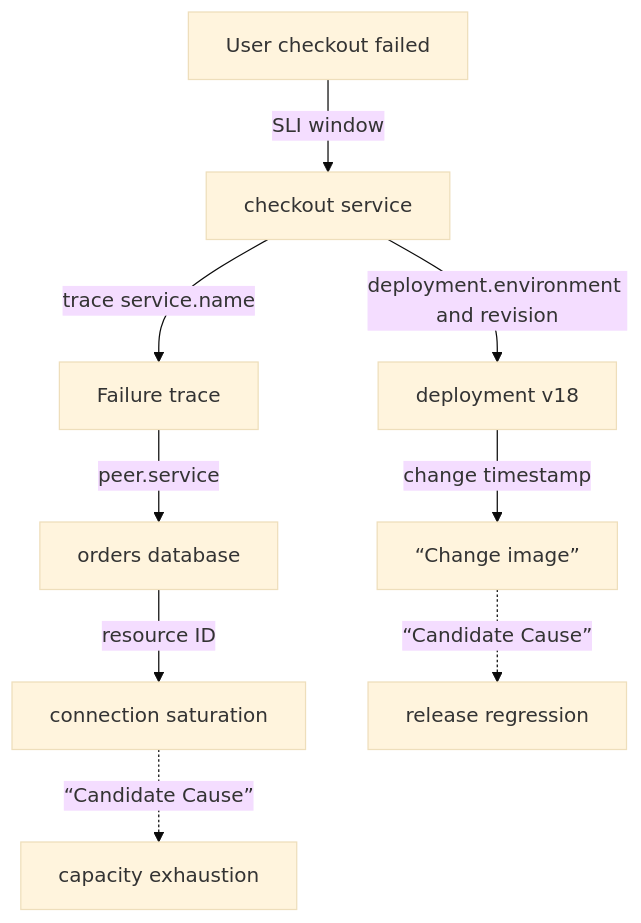
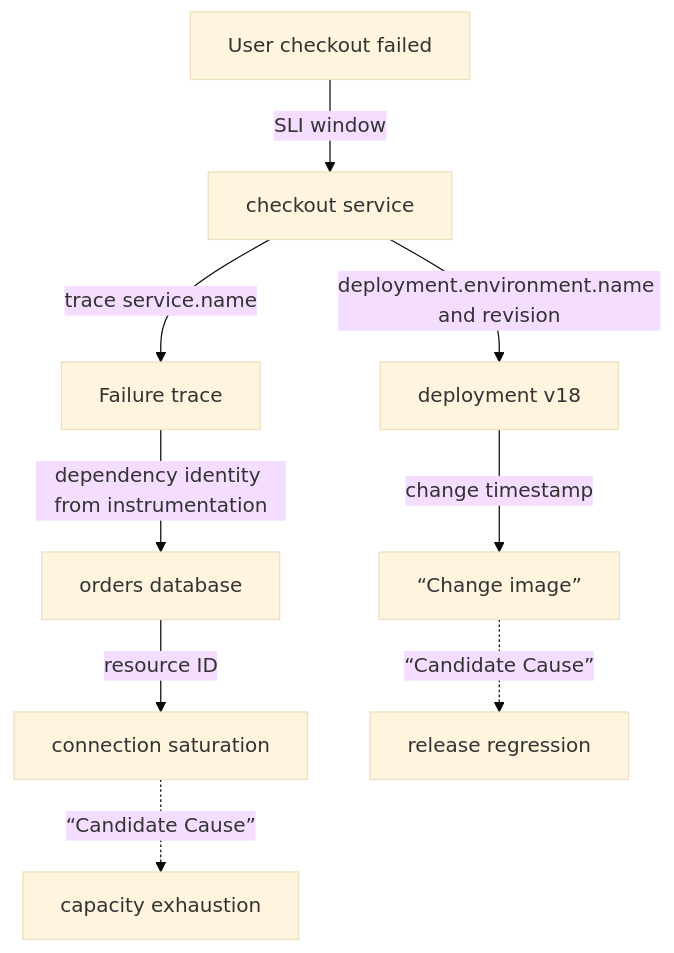
One commit to nohdol97/nohdol-study changed the diagram in docs-site/content/aiops-foundations/01-evidence-graph.md. Above: the diagram before and after it, drawn with Mermaid (base theme). The commit also changed other lines of this file and 88 other files, not shown here.

````diff
--- a/docs-site/content/aiops-foundations/01-evidence-graph.md
+++ b/docs-site/content/aiops-foundations/01-evidence-graph.md
@@ -25,11 +27,11 @@
 ```mermaid
 flowchart TB
   S["User checkout failed"] -->|"SLI window"| SV["checkout service"]
   SV -->|"trace service.name"| TR["Failure trace"]
-  TR -->|"peer.service"| DB["orders database"]
-  SV -->|"deployment.environment and revision"| DP["deployment v18"]
+  TR -->|"dependency identity from instrumentation"| DB["orders database"]
+  SV -->|"deployment.environment.name and revision"| DP["deployment v18"]
   DP -->|"change timestamp"| CH[“Change image”]
   DB -->|"resource ID"| SAT["connection saturation"]
   CH -.->|“Candidate Cause”| H["release regression"]
   SAT -.->|“Candidate Cause”| H2["capacity exhaustion"]
 ```
````
